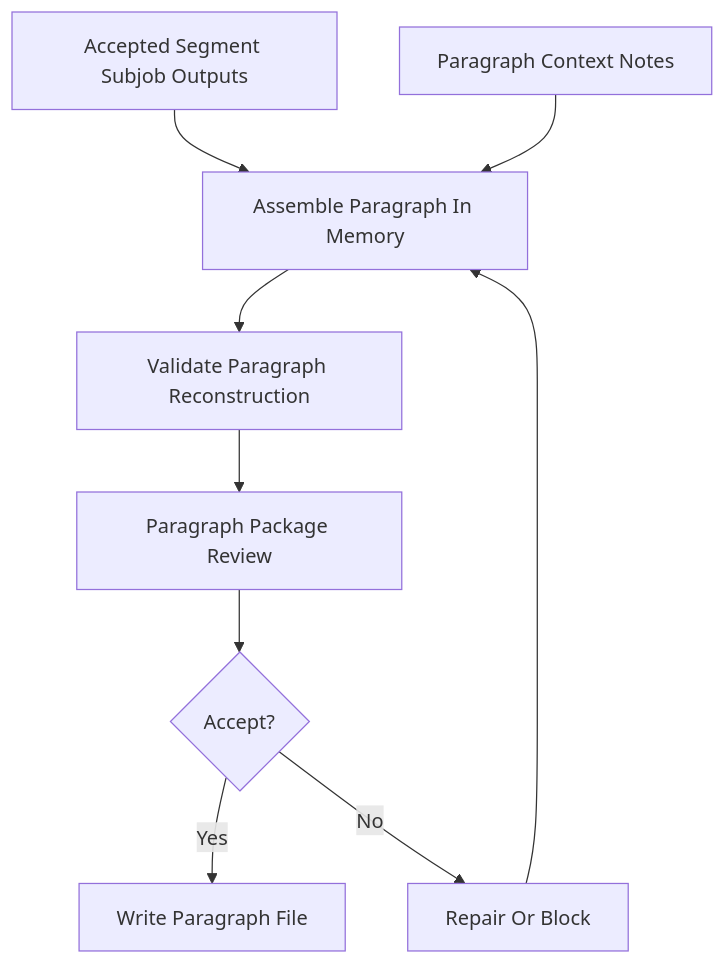
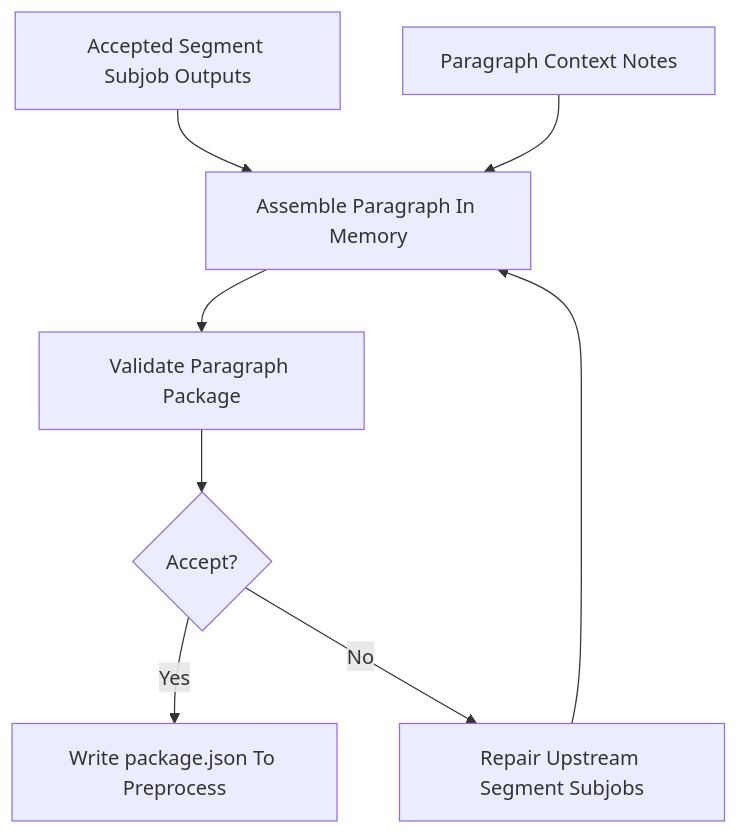
One commit to rfblue2/wenyan-reader changed the third of 3 diagrams in architecture/preprocessing/job-execution.md. Above: the diagram before and after it, drawn with Mermaid. The commit also changed other lines of this file and 56 other files, not shown here.

First line of the commit message:
feat: implement package-document and drop assembly LLM review

````diff
--- a/architecture/preprocessing/job-execution.md
+++ b/architecture/preprocessing/job-execution.md
@@ -68,11 +68,10 @@
 ```mermaid
 flowchart TD
   SegmentOutputs[Accepted Segment Subjob Outputs] --> Assemble[Assemble Paragraph In Memory]
   ParagraphContext[Paragraph Context Notes] --> Assemble
-  Assemble --> Validate[Validate Paragraph Reconstruction]
-  Validate --> Review[Paragraph Package Review]
-  Review --> Accept{Accept?}
-  Accept -->|Yes| WriteFiles[Write Paragraph File]
-  Accept -->|No| Repair[Repair Or Block]
+  Assemble --> Validate[Validate Paragraph Package]
+  Validate --> Accept{Accept?}
+  Accept -->|Yes| StagePackage[Write package.json To Preprocess]
+  Accept -->|No| Repair[Repair Upstream Segment Subjobs]
   Repair --> Assemble
 ```
````
